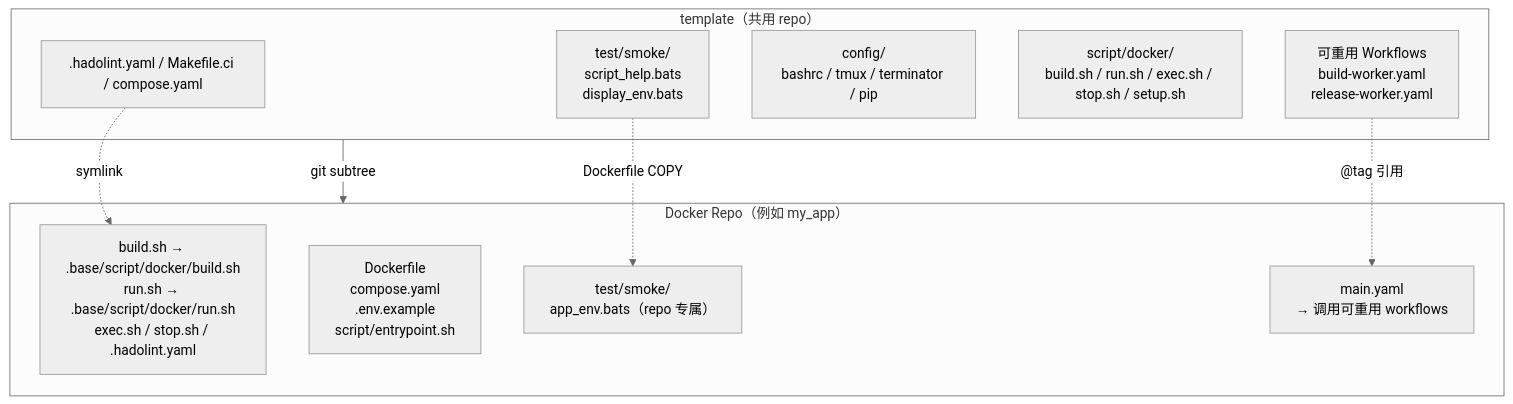
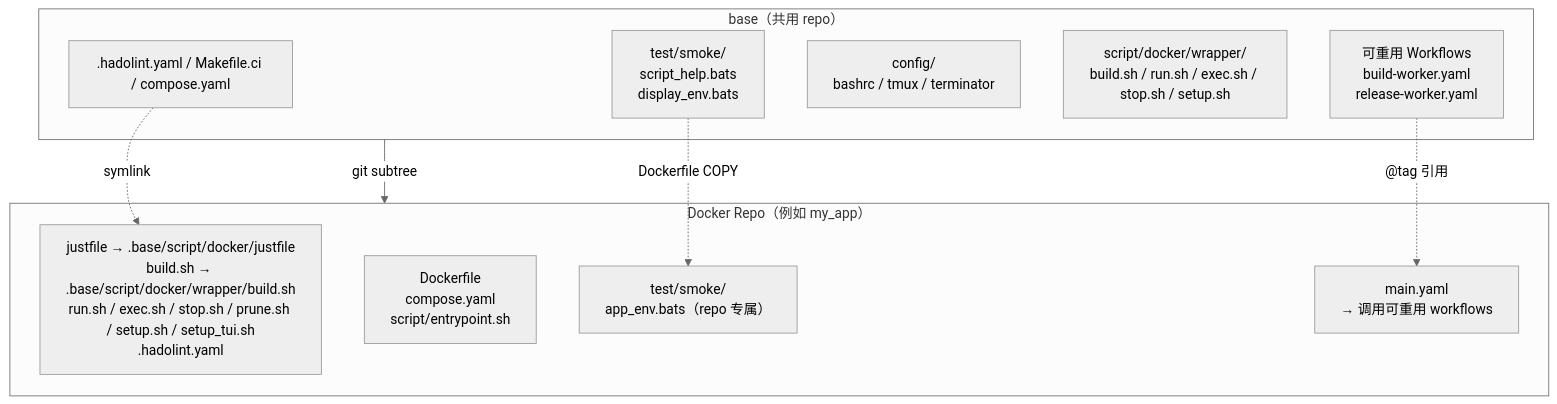
The first of 2 diagrams in .base/doc/readme/README.zh-CN.md (ycpss91255-docker/codex_cli), drawn with Mermaid (neutral theme) before and after one commit. The commit also changed other lines of this file and 137 other files, not shown here.

First line of the commit message:
chore: upgrade .base subtree to v0.41.0 (#59)

````diff
--- a/.base/doc/readme/README.zh-CN.md
+++ b/.base/doc/readme/README.zh-CN.md
@@ -56,22 +56,22 @@
 ```mermaid
 graph TB
-    subgraph template["template（共用 repo）"]
+    subgraph base["base（共用 repo）"]
         scripts[".hadolint.yaml / Makefile.ci / compose.yaml"]
         smoke["test/smoke/<br/>script_help.bats<br/>display_env.bats"]
-        config["config/<br/>bashrc / tmux / terminator / pip"]
-        mgmt["script/docker/<br/>build.sh / run.sh / exec.sh / stop.sh / setup.sh"]
+        config["config/<br/>bashrc / tmux / terminator"]
+        mgmt["script/docker/wrapper/<br/>build.sh / run.sh / exec.sh / stop.sh / setup.sh"]
         workflows["可重用 Workflows<br/>build-worker.yaml<br/>release-worker.yaml"]
     end
 
     subgraph consumer["Docker Repo（例如 my_app）"]
-        symlinks["build.sh → .base/script/docker/build.sh<br/>run.sh → .base/script/docker/run.sh<br/>exec.sh / stop.sh / .hadolint.yaml"]
-        dockerfile["Dockerfile<br/>compose.yaml<br/>.env.example<br/>script/entrypoint.sh"]
+        symlinks["justfile → .base/script/docker/justfile<br/>build.sh → .base/script/docker/wrapper/build.sh<br/>run.sh / exec.sh / stop.sh / prune.sh / setup.sh / setup_tui.sh<br/>.hadolint.yaml"]
+        dockerfile["Dockerfile<br/>compose.yaml<br/>script/entrypoint.sh"]
         repo_test["test/smoke/<br/>app_env.bats（repo 专属）"]
         main_yaml["main.yaml<br/>→ 调用可重用 workflows"]
     end
 
-    template -- "git subtree" --> consumer
+    base -- "git subtree" --> consumer
     scripts -. "symlink" .-> symlinks
     smoke -. "Dockerfile COPY" .-> repo_test
     workflows -. "@tag 引用" .-> main_yaml
 ```
````
